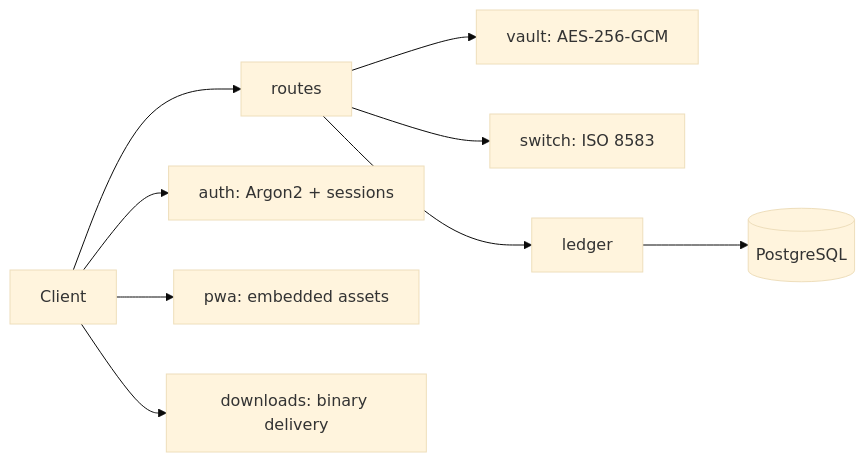
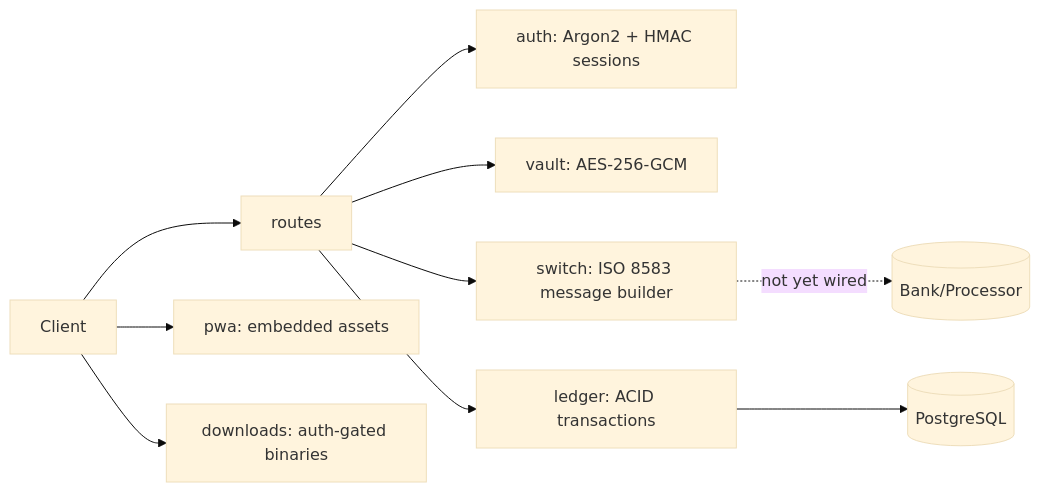
The diagram in README.md (cochranblock/rogue-repo), drawn with Mermaid (base theme) before and after one commit. The commit also changed other lines of this file and 8 other files, not shown here.

````diff
--- a/README.md
+++ b/README.md
@@ -30,11 +49,12 @@
 ```mermaid
 flowchart LR
     Client[Client] --> Routes[routes]
+    Routes --> Auth[auth: Argon2 + HMAC sessions]
     Routes --> Vault[vault: AES-256-GCM]
-    Routes --> Switch[switch: ISO 8583]
-    Routes --> Ledger[ledger]
+    Routes --> Switch[switch: ISO 8583 message builder]
+    Switch -.->|not yet wired| Bank[(Bank/Processor)]
+    Routes --> Ledger[ledger: ACID transactions]
     Ledger --> Postgres[(PostgreSQL)]
-    Client --> Auth[auth: Argon2 + sessions]
     Client --> PWA[pwa: embedded assets]
-    Client --> Downloads[downloads: binary delivery]
+    Client --> Downloads[downloads: auth-gated binaries]
 ```
````
